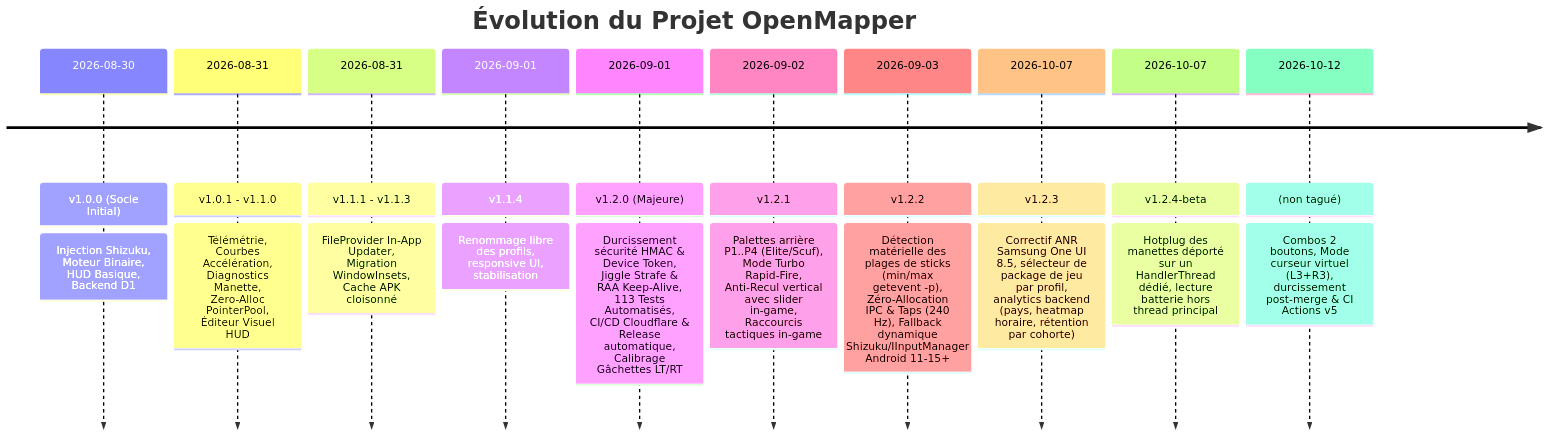
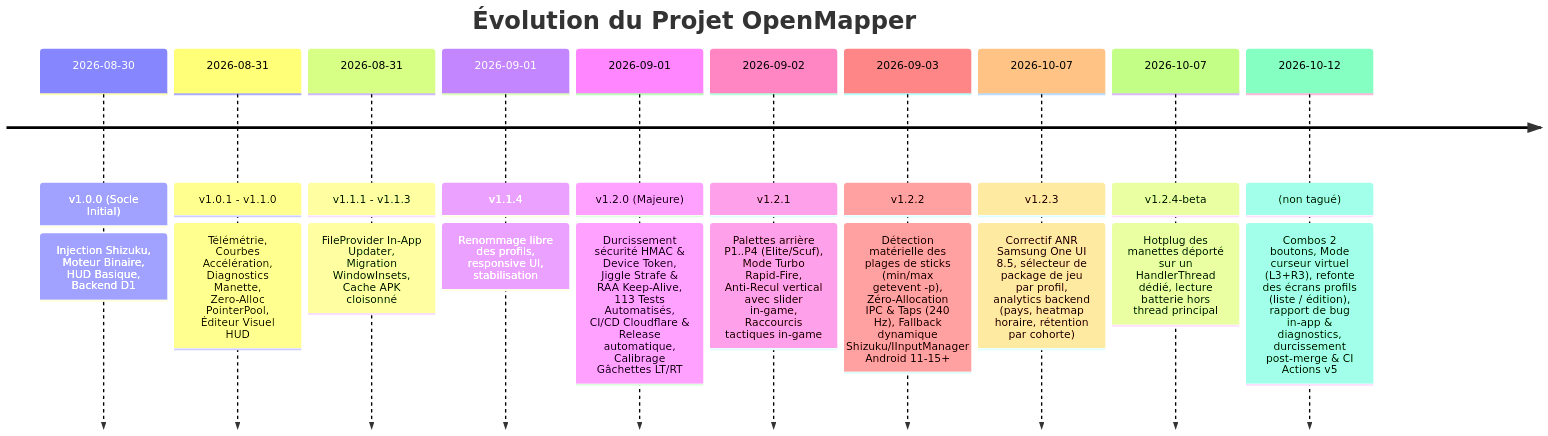
One commit to kinou-p/android-open-mapper changed the first of 4 diagrams in agent.md. Above: the diagram before and after it, drawn with Mermaid. The commit also changed other lines of this file and 2 other files, not shown here.

First line of the commit message:
docs: sync the architecture map with the profile/bug-report work on main

````diff
--- a/agent.md
+++ b/agent.md
@@ -62,14 +62,14 @@
 ```mermaid
 timeline
     title Évolution du Projet OpenMapper
     2026-08-30 : v1.0.0 (Socle Initial) : Injection Shizuku, Moteur Binaire, HUD Basique, Backend D1
     2026-08-31 : v1.0.1 - v1.1.0 : Télémétrie, Courbes Accélération, Diagnostics Manette, Zero-Alloc PointerPool, Éditeur Visuel HUD
     2026-08-31 : v1.1.1 - v1.1.3 : FileProvider In-App Updater, Migration WindowInsets, Cache APK cloisonné
     2026-09-01 : v1.1.4 : Renommage libre des profils, responsive UI, stabilisation
     2026-09-01 : v1.2.0 (Majeure) : Durcissement sécurité HMAC & Device Token, Jiggle Strafe & RAA Keep-Alive, 113 Tests Automatisés, CI/CD Cloudflare & Release automatique, Calibrage Gâchettes LT/RT
     2026-09-02 : v1.2.1 : Palettes arrière P1..P4 (Elite/Scuf), Mode Turbo Rapid-Fire, Anti-Recul vertical avec slider in-game, Raccourcis tactiques in-game
     2026-09-03 : v1.2.2 : Détection matérielle des plages de sticks (min/max getevent -p), Zéro-Allocation IPC & Taps (240 Hz), Fallback dynamique Shizuku/IInputManager Android 11-15+
     2026-10-07 : v1.2.3 : Correctif ANR Samsung One UI 8.5, sélecteur de package de jeu par profil, analytics backend (pays, heatmap horaire, rétention par cohorte)
     2026-10-07 : v1.2.4-beta : Hotplug des manettes déporté sur un HandlerThread dédié, lecture batterie hors thread principal
-    2026-10-12 : (non tagué) : Combos 2 boutons, Mode curseur virtuel (L3+R3), durcissement post-merge & CI Actions v5
+    2026-10-12 : (non tagué) : Combos 2 boutons, Mode curseur virtuel (L3+R3), refonte des écrans profils (liste / édition), rapport de bug in-app & diagnostics, durcissement post-merge & CI Actions v5
 ```
````
